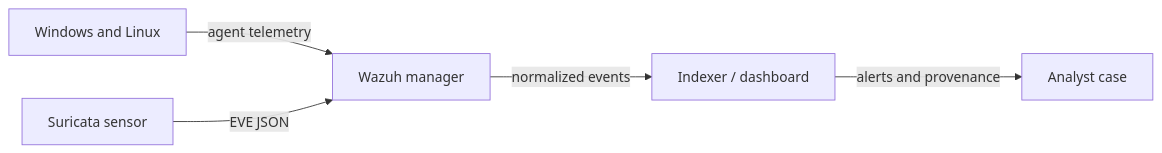
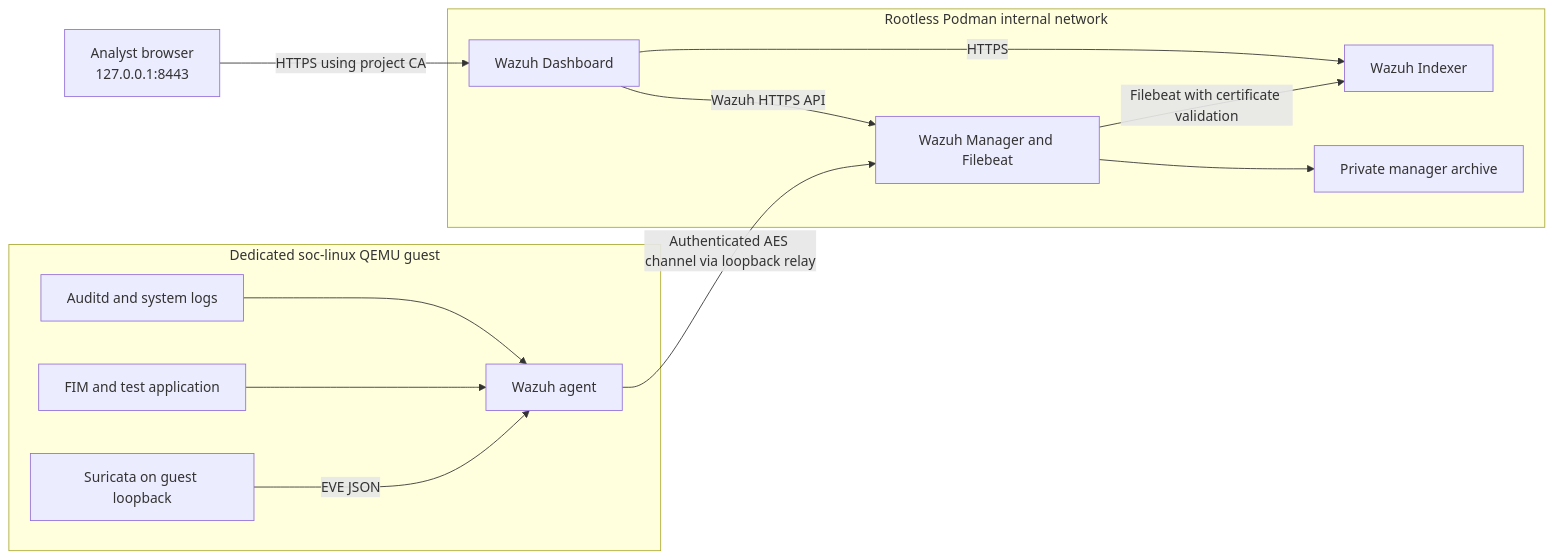
Before and after one commit to Hrr-Yassin/enterprise-soc-lab: the diagram in docs/architecture.md, drawn with Mermaid. The commit also changed other lines of this file and 72 other files, not shown here.

````diff
--- a/docs/architecture.md
+++ b/docs/architecture.md
@@ -9,12 +5,25 @@
-```mermaid
+~~~mermaid
 flowchart LR
-    N0["Windows and Linux"]
-    N1["Suricata sensor"]
-    N2["Wazuh manager"]
-    N3["Indexer / dashboard"]
-    N4["Analyst case"]
-    N0 -->|"agent telemetry"| N2
-    N1 -->|"EVE JSON"| N2
-    N2 -->|"normalized events"| N3
-    N3 -->|"alerts and provenance"| N4
-```
+  Analyst["Analyst browser<br/>127.0.0.1:8443"]
+  subgraph Central["Rootless Podman internal network"]
+    Dashboard["Wazuh Dashboard"]
+    Manager["Wazuh Manager and Filebeat"]
+    Index["Wazuh Indexer"]
+    Archive["Private manager archive"]
+    Dashboard -->|"HTTPS"| Index
+    Dashboard -->|"Wazuh HTTPS API"| Manager
+    Manager -->|"Filebeat with certificate validation"| Index
+    Manager --> Archive
+  end
+  subgraph Guest["Dedicated soc-linux QEMU guest"]
+    Audit["Auditd and system logs"]
+    FIM["FIM and test application"]
+    Sensor["Suricata on guest loopback"]
+    Agent["Wazuh agent"]
+    Audit --> Agent
+    FIM --> Agent
+    Sensor -->|"EVE JSON"| Agent
+  end
+  Analyst -->|"HTTPS using project CA"| Dashboard
+  Agent -->|"Authenticated AES channel via loopback relay"| Manager
+~~~
````
